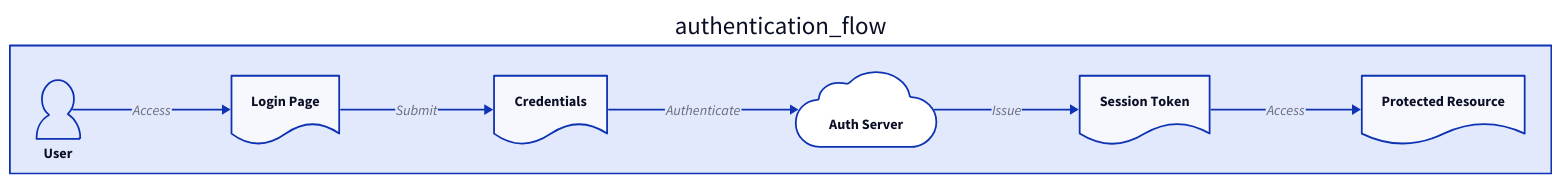
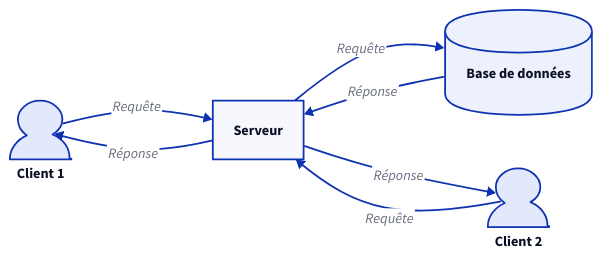
Before and after one commit to Ibne29/d2lang-vision-llm: the diagram in out/diagram_iter2.d2, drawn with D2. The commit also changed 15 other files, not shown here.

```diff
--- a/out/diagram_iter2.d2
+++ b/out/diagram_iter2.d2
@@ -1,39 +1,29 @@
 direction: right
 
-authentication_flow: {
-  user: {
-    shape: person
-    label: "User"
-  }
+# Client 1
+client1: Client 1 {
+  shape: person
+}
 
-  login_page: {
-    shape: document
-    label: "Login Page"
-  }
+# Client 2
+client2: Client 2 {
+  shape: person
+}
 
-  credentials: {
-    shape: document
-    label: "Credentials"
-  }
+# Serveur
+server: Serveur {
+  shape: rectangle
+}
 
-  auth_server: {
-    shape: cloud
-    label: "Auth Server"
-  }
+# Base de données
+database: Base de données {
+  shape: cylinder
+}
 
-  session_token: {
-    shape: document
-    label: "Session Token"
-  }
-
-  protected_resource: {
-    shape: document
-    label: "Protected Resource"
-  }
-
-  user -> login_page: "Access"
-  login_page -> credentials: "Submit"
-  credentials -> auth_server: "Authenticate"
-  auth_server -> session_token: "Issue"
-  session_token -> protected_resource: "Access"
-}
+# Connexions
+client1 -> server: Requête
+client2 -> server: Requête
+server -> database: Requête
+database -> server: Réponse
+server -> client1: Réponse
+server -> client2: Réponse
```
